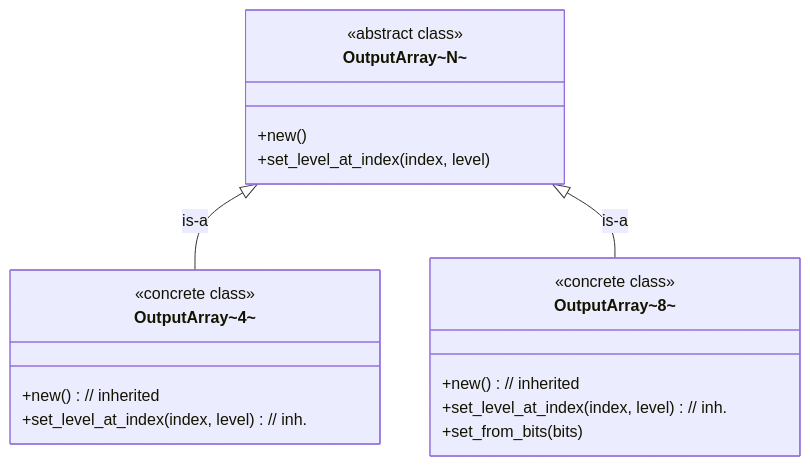
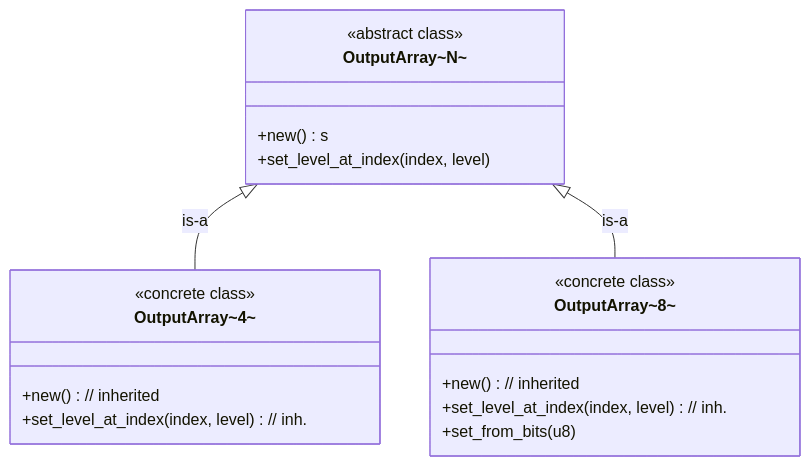
Before and after one commit to CarlKCarlK/inherit: the diagram in examples/8_puzzle.md, drawn with Mermaid. The commit also changed other lines of this file and 5 other files, not shown here.

Commit message:
docs: update puzzle descriptions for clarity and consistency feat: add temporary Mermaid diagram and Puppeteer config files

````diff
--- a/examples/8_puzzle.md
+++ b/examples/8_puzzle.md
@@ -5,27 +5,27 @@
 ```mermaid
 classDiagram
     direction TB
 
     class OutputArrayN["OutputArray~N~"] {
         <<abstract class>>
-        +new()
+        +new()s
         +set_level_at_index(index, level)
     }
 
     class OutputArray4["OutputArray~4~"] {
         <<concrete class>>
         +new() // inherited
         +set_level_at_index(index, level) // inh.
     }
 
     class OutputArray8["OutputArray~8~"] {
         <<concrete class>>
         +new() // inherited
         +set_level_at_index(index, level) // inh.
-        +set_from_bits(bits)
+        +set_from_bits(u8)
     }
 
 
     OutputArrayN <|-- OutputArray4 : is-a
     OutputArrayN <|-- OutputArray8 : is-a
 ```
````
